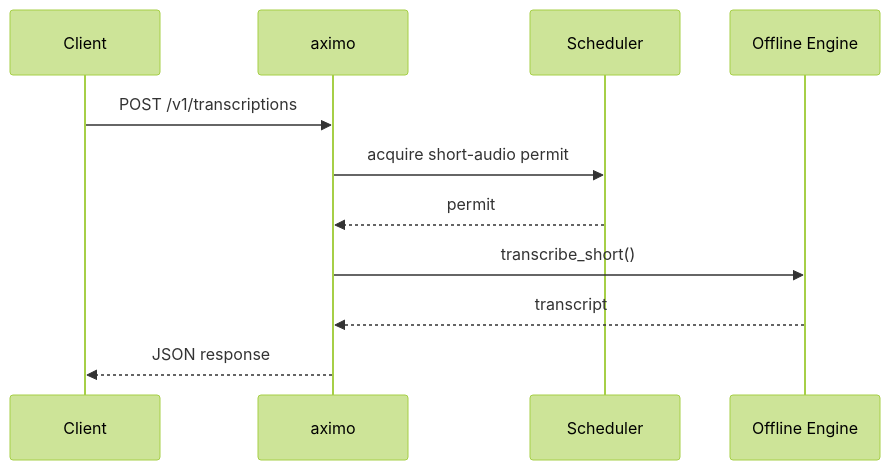
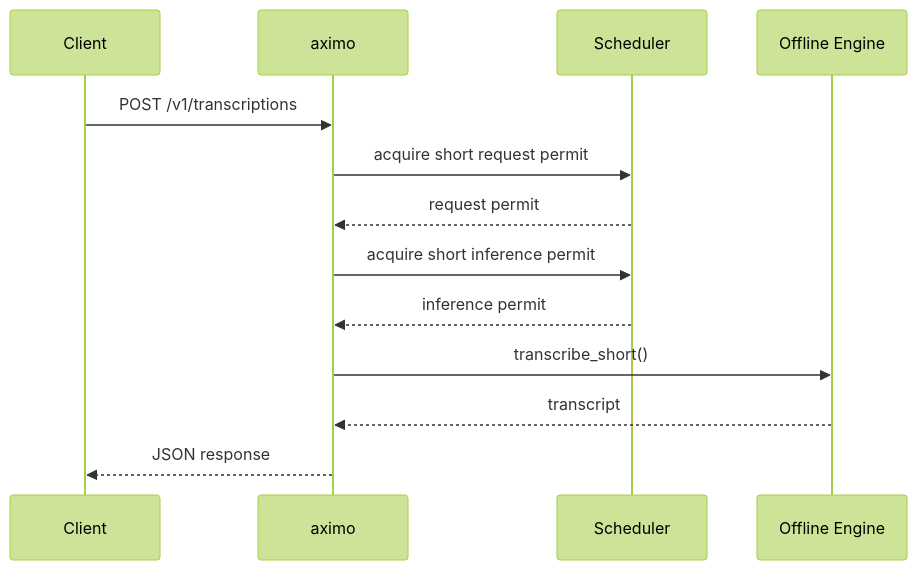
The second of 3 diagrams in docs/architecture.md (agent-axiom/aximo), drawn with Mermaid (forest theme) before and after one commit. The commit also changed other lines of this file and 11 other files, not shown here.

````diff
--- a/docs/architecture.md
+++ b/docs/architecture.md
@@ -20,14 +20,16 @@
 ```mermaid
 sequenceDiagram
     participant C as Client
     participant A as aximo
     participant S as Scheduler
     participant E as Offline Engine
 
     C->>A: POST /v1/transcriptions
-    A->>S: acquire short-audio permit
-    S-->>A: permit
+    A->>S: acquire short request permit
+    S-->>A: request permit
+    A->>S: acquire short inference permit
+    S-->>A: inference permit
     A->>E: transcribe_short()
     E-->>A: transcript
     A-->>C: JSON response
 ```
````
